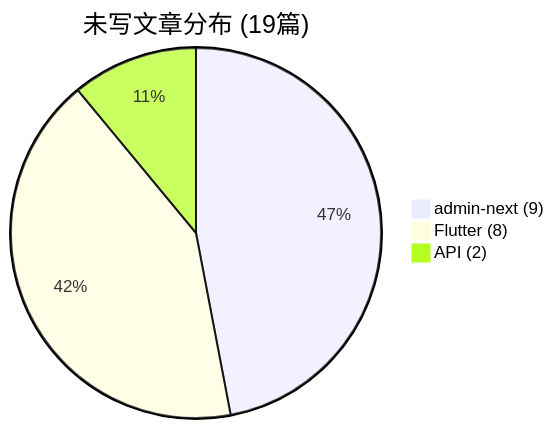
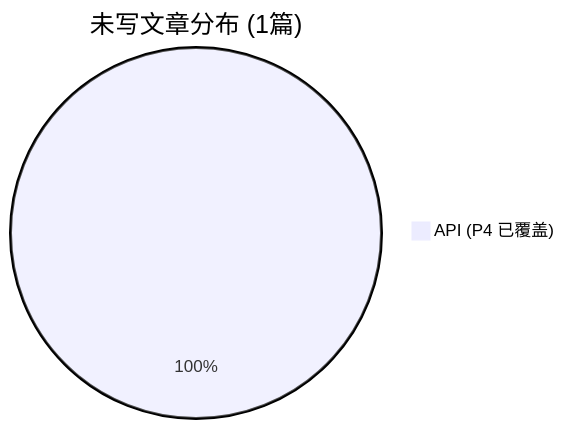
The second of 2 diagrams in plans/writing-progress-analysis.md (MrBigPorter/JoyMini_Nest_Monorepo), drawn with Mermaid before and after one commit. The commit also changed other lines of this file and 41 other files, not shown here.

````diff
--- a/plans/writing-progress-analysis.md
+++ b/plans/writing-progress-analysis.md
@@ -163,6 +146,4 @@
 ```mermaid
-pie title 未写文章分布 (19篇)
-    "admin-next (9)" : 47
-    "Flutter (8)" : 42
-    "API (2)" : 11
+pie title 未写文章分布 (1篇)
+    "API (P4 已覆盖)" : 100
 ```
````
